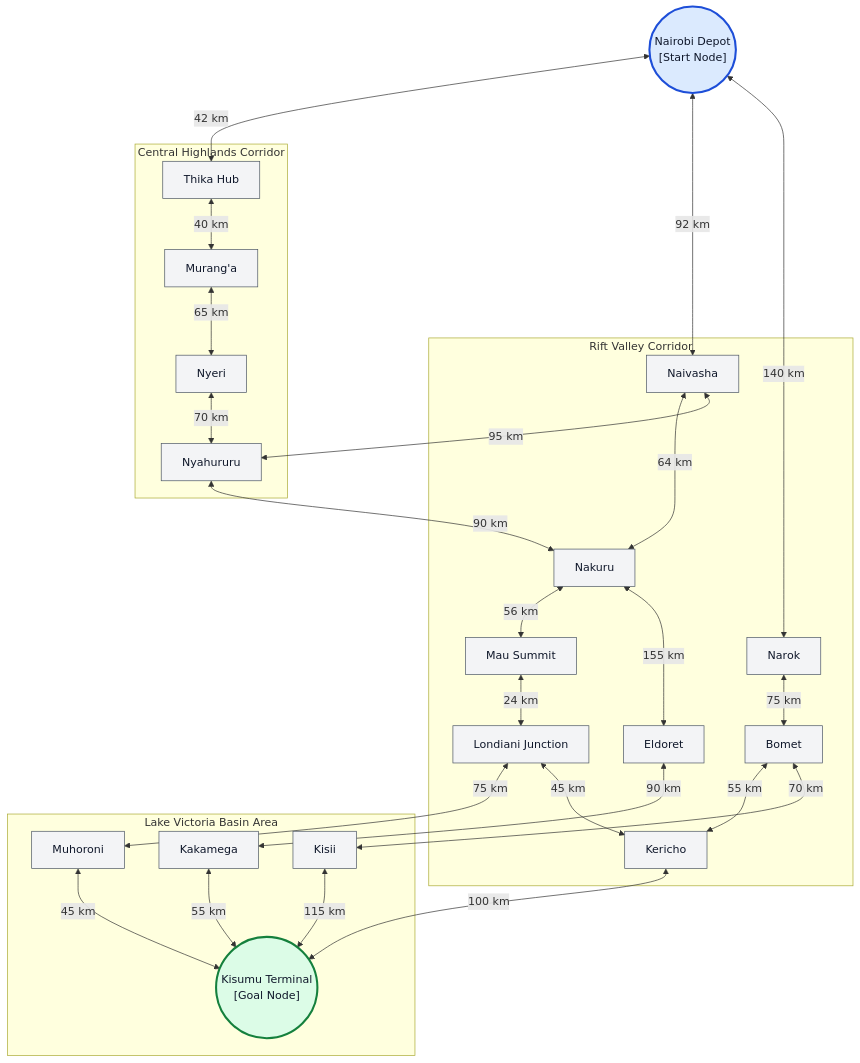
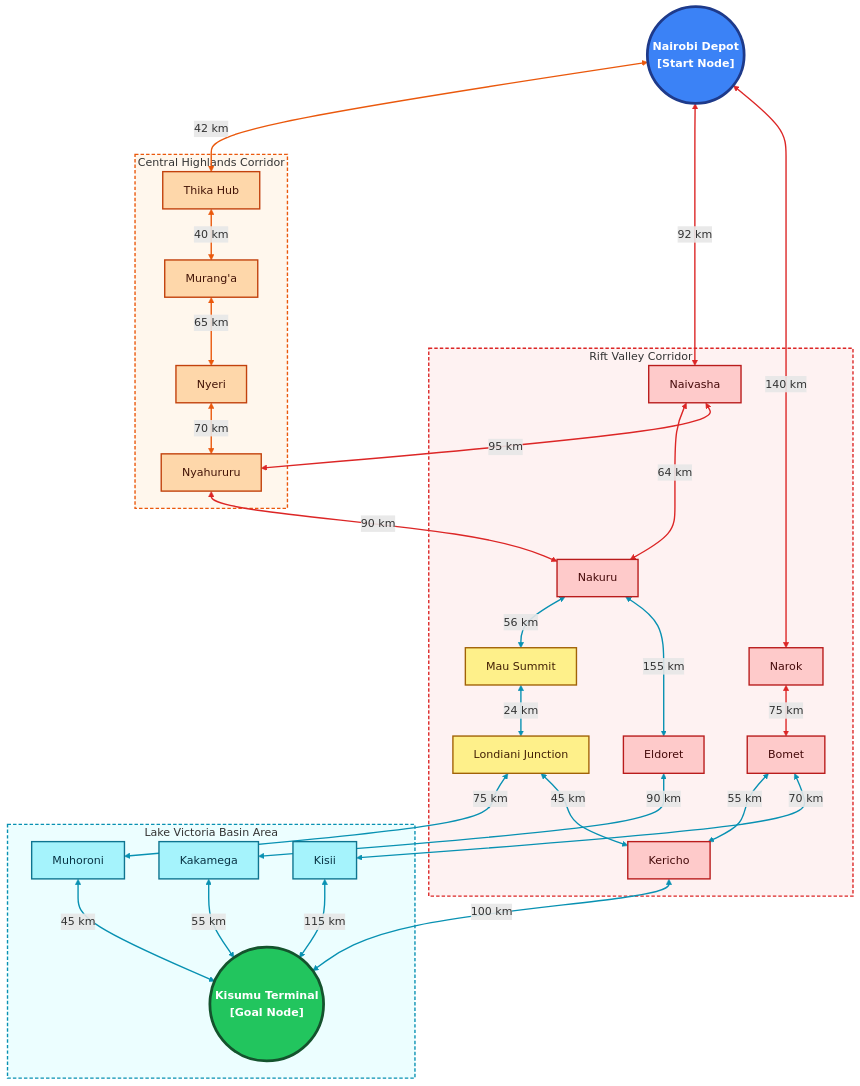
One commit to Kerry-lab/PS-Agents changed the first of 4 diagrams in design.md. Above: the diagram before and after it, drawn with Mermaid. The commit also changed other lines of this file, not shown here.

````diff
--- a/design.md
+++ b/design.md
@@ -48,61 +48,79 @@
 ```mermaid
 flowchart TD
     DEPOT(("Nairobi Depot<br/>[Start Node]"))
 
     subgraph Zone_CH["Central Highlands Corridor"]
         THK["Thika Hub"]
         MRG["Murang'a"]
         NYR["Nyeri"]
         NYH_N["Nyahururu"]
     end
 
     subgraph Zone_RV["Rift Valley Corridor"]
         NVS["Naivasha"]
         NKR["Nakuru"]
         NRK["Narok"]
         BMT["Bomet"]
         MSM["Mau Summit"]
         LDN["Londiani Junction"]
         ELD_N["Eldoret"]
         KRC["Kericho"]
     end
 
     subgraph Zone_LVB["Lake Victoria Basin Area"]
         MHR["Muhoroni"]
         KSI_N["Kisii"]
         KKM["Kakamega"]
         DEST(("Kisumu Terminal<br/>[Goal Node]"))
     end
 
     DEPOT <-->|"42 km"| THK
     THK <-->|"40 km"| MRG
     MRG <-->|"65 km"| NYR
     NYR <-->|"70 km"| NYH_N
 
     DEPOT <-->|"92 km"| NVS
     NVS <-->|"64 km"| NKR
     NVS <-->|"95 km"| NYH_N
     NYH_N <-->|"90 km"| NKR
     DEPOT <-->|"140 km"| NRK
     NRK <-->|"75 km"| BMT
 
     NKR <-->|"56 km"| MSM
     NKR <-->|"155 km"| ELD_N
     MSM <-->|"24 km"| LDN
     LDN <-->|"75 km"| MHR
     MHR <-->|"45 km"| DEST
     LDN <-->|"45 km"| KRC
     BMT <-->|"55 km"| KRC
     KRC <-->|"100 km"| DEST
     BMT <-->|"70 km"| KSI_N
     KSI_N <-->|"115 km"| DEST
     ELD_N <-->|"90 km"| KKM
     KKM <-->|"55 km"| DEST
 
-    classDef startNode fill:#dbeafe,stroke:#1d4ed8,stroke-width:3px,color:#0f172a;
-    classDef goalNode fill:#dcfce7,stroke:#15803d,stroke-width:3px,color:#0f172a;
-    classDef transitNode fill:#f3f4f6,stroke:#4b5563,color:#0f172a;
+    %% Node styles
+    classDef startNode fill:#3b82f6,stroke:#1e3a8a,stroke-width:4px,color:#ffffff,font-weight:bold;
+    classDef goalNode fill:#22c55e,stroke:#14532d,stroke-width:4px,color:#ffffff,font-weight:bold;
+    classDef highlands fill:#fed7aa,stroke:#c2410c,stroke-width:2px,color:#431407;
+    classDef rift fill:#fecaca,stroke:#b91c1c,stroke-width:2px,color:#450a0a;
+    classDef lake fill:#a5f3fc,stroke:#0e7490,stroke-width:2px,color:#083344;
+    classDef junction fill:#fef08a,stroke:#a16207,stroke-width:2px,color:#422006;
+
     class DEPOT startNode;
     class DEST goalNode;
-    class THK,MRG,NYR,NYH_N,NVS,NKR,NRK,BMT,MSM,LDN,ELD_N,KRC,MHR,KSI_N,KKM transitNode;
+    class THK,MRG,NYR,NYH_N highlands;
+    class NVS,NKR,NRK,BMT,ELD_N,KRC rift;
+    class MSM,LDN junction;
+    class MHR,KSI_N,KKM lake;
+
+    %% Zone box styles
+    style Zone_CH fill:#fff7ed,stroke:#ea580c,stroke-width:2px,stroke-dasharray:5 3
+    style Zone_RV fill:#fef2f2,stroke:#dc2626,stroke-width:2px,stroke-dasharray:5 3
+    style Zone_LVB fill:#ecfeff,stroke:#0891b2,stroke-width:2px,stroke-dasharray:5 3
+
+    %% Edge colours: Highlands (orange), Rift Valley (red), Lake Basin (teal)
+    linkStyle 0,1,2,3 stroke:#ea580c,stroke-width:2px;
+    linkStyle 4,5,6,7,8,9 stroke:#dc2626,stroke-width:2px;
+    linkStyle 10,11,12,13,14,15,16,17,18,19,20,21 stroke:#0891b2,stroke-width:2px;
 ```
````
